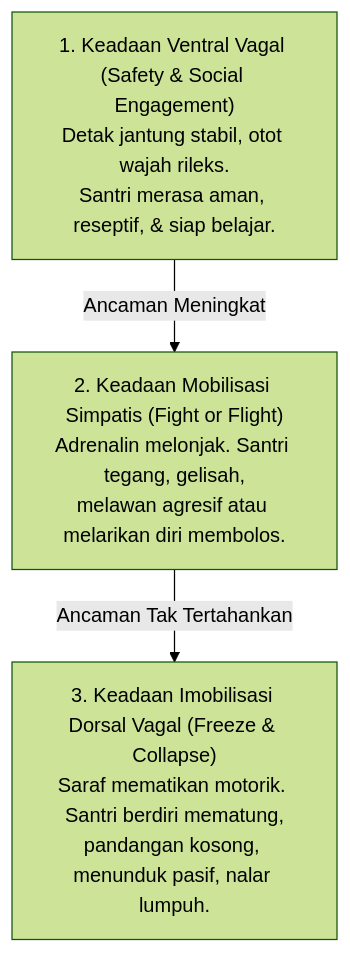
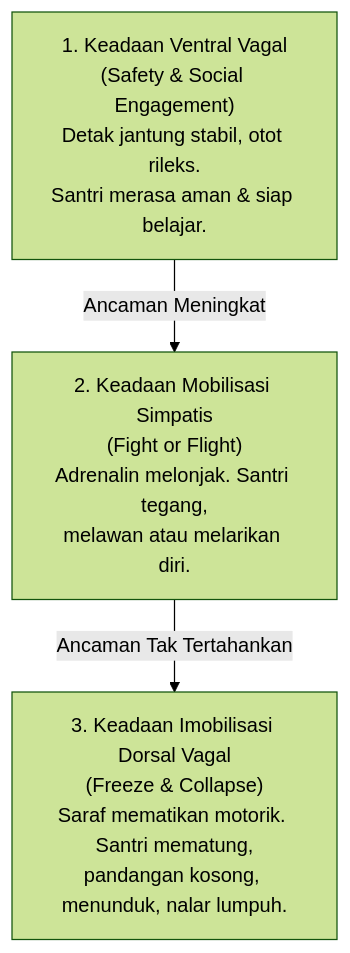
One commit to wandiapriliyandi/tumbuh changed the third of 5 diagrams in BOOK Series 1/01-The-Fundamental-of-TUMBUH/Bab-01-Menatap-Krisis-Menegakkan-Orientasi.md. Above: the diagram before and after it, drawn with Mermaid (forest theme). The commit also changed other lines of this file and 34 other files, not shown here.

Commit message:
fix(book-01): audit menyeluruh 20 bab, perapihan diagram dan sinkronisasi 100% catatan kaki

````diff
--- a/BOOK Series 1/01-The-Fundamental-of-TUMBUH/Bab-01-Menatap-Krisis-Menegakkan-Orientasi.md
+++ b/BOOK Series 1/01-The-Fundamental-of-TUMBUH/Bab-01-Menatap-Krisis-Menegakkan-Orientasi.md
@@ -105,9 +105,9 @@
 ```mermaid
 graph TD
-    V["1. Keadaan Ventral Vagal (Safety & Social Engagement)<br/>Detak jantung stabil, otot wajah rileks.<br/>Santri merasa aman, reseptif, & siap belajar."]
-    S["2. Keadaan Mobilisasi Simpatis (Fight or Flight)<br/>Adrenalin melonjak. Santri tegang, gelisah,<br/>melawan agresif atau melarikan diri membolos."]
-    D["3. Keadaan Imobilisasi Dorsal Vagal (Freeze & Collapse)<br/>Saraf mematikan motorik. Santri berdiri mematung,<br/>pandangan kosong, menunduk pasif, nalar lumpuh."]
+    V["1. Keadaan Ventral Vagal<br/>(Safety & Social Engagement)<br/>Detak jantung stabil, otot rileks.<br/>Santri merasa aman & siap belajar."]
+    S["2. Keadaan Mobilisasi Simpatis<br/>(Fight or Flight)<br/>Adrenalin melonjak. Santri tegang,<br/>melawan atau melarikan diri."]
+    D["3. Keadaan Imobilisasi Dorsal Vagal<br/>(Freeze & Collapse)<br/>Saraf mematikan motorik. Santri mematung,<br/>pandangan kosong, menunduk, nalar lumpuh."]
 
     V -->|Ancaman Meningkat| S
     S -->|Ancaman Tak Tertahankan| D
 ```
````
